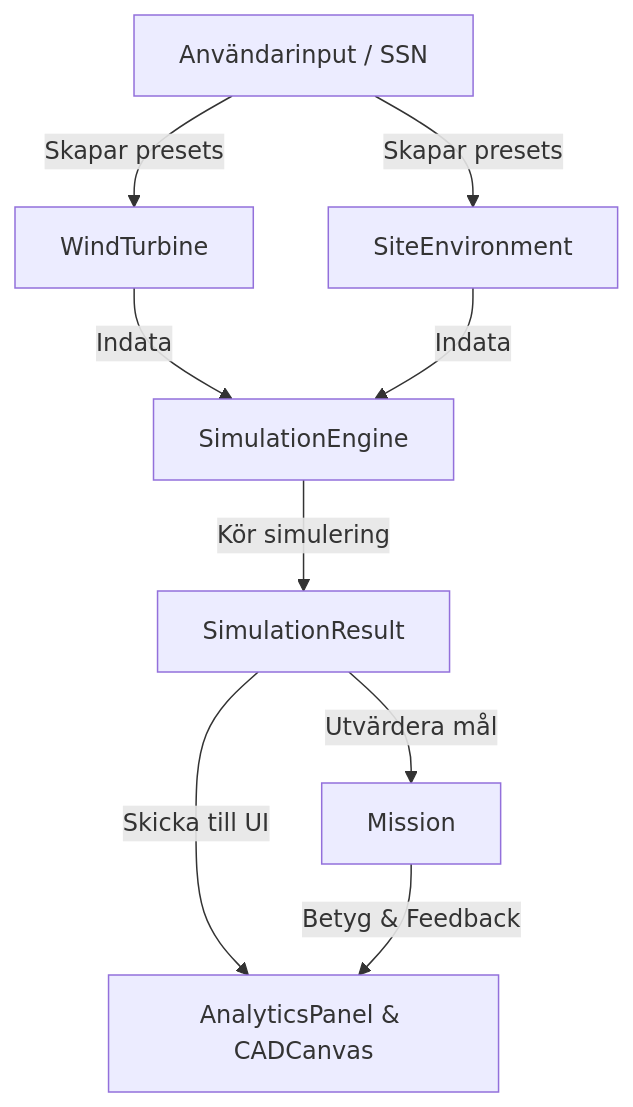
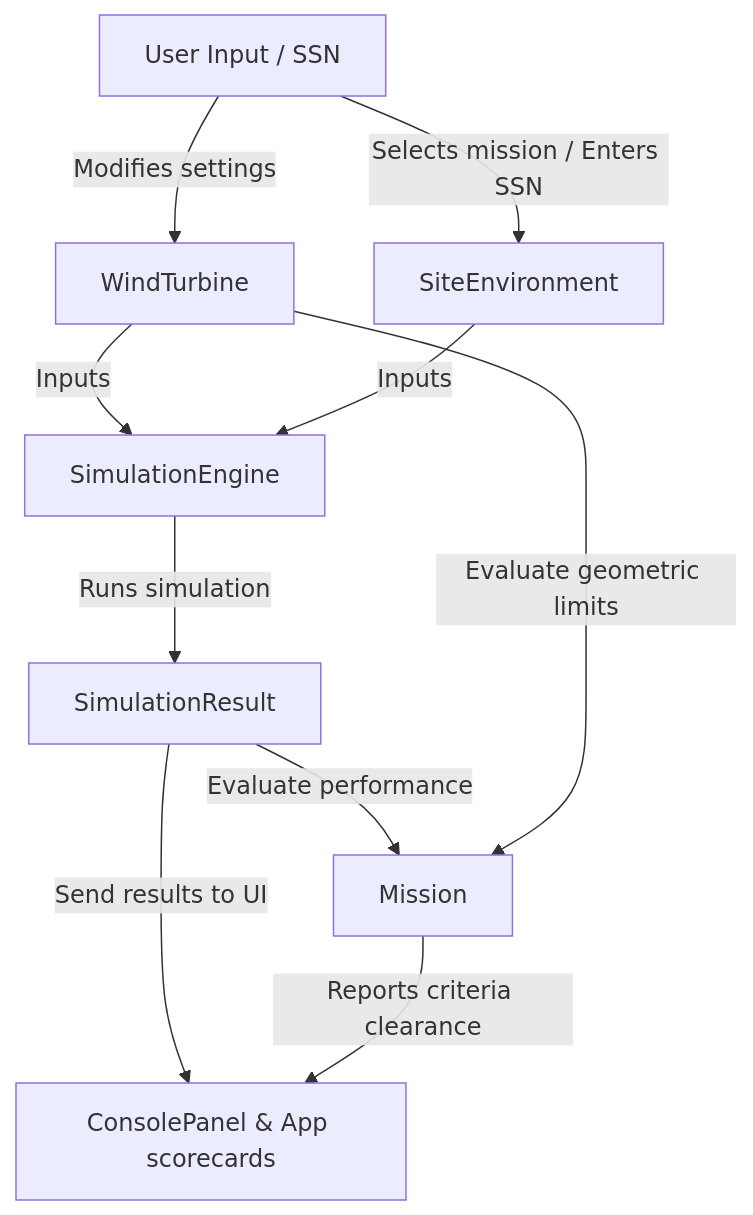
Before and after one commit to GGisMee/UU-WEC-visualisation: the diagram in README.md, drawn with Mermaid. The commit also changed other lines of this file, not shown here.

````diff
--- a/README.md
+++ b/README.md
@@ -11,14 +11,16 @@
 ```mermaid
 graph TD
-    User[Användarinput / SSN] -->|Skapar presets| Turbine[WindTurbine]
-    User -->|Skapar presets| Env[SiteEnvironment]
+    User[User Input / SSN] -->|Modifies settings| Turbine[WindTurbine]
+    User -->|Selects mission / Enters SSN| Env[SiteEnvironment]
     
-    Turbine -->|Indata| Engine[SimulationEngine]
-    Env -->|Indata| Engine
+    Turbine -->|Inputs| Engine[SimulationEngine]
+    Env -->|Inputs| Engine
     
-    Engine -->|Kör simulering| Result[SimulationResult]
+    Engine -->|Runs simulation| Result[SimulationResult]
     
-    Result -->|Utvärdera mål| Mission[Mission]
-    Result -->|Skicka till UI| GUI[AnalyticsPanel & CADCanvas]
-    Mission -->|Betyg & Feedback| GUI
+    Result -->|Evaluate performance| Mission[Mission]
+    Turbine -->|Evaluate geometric limits| Mission
+    
+    Result -->|Send results to UI| GUI[AnalyticsPanel & CADCanvas]
+    Mission -->|Reports criteria clearance| GUI[ConsolePanel & App scorecards]
 ```
````
